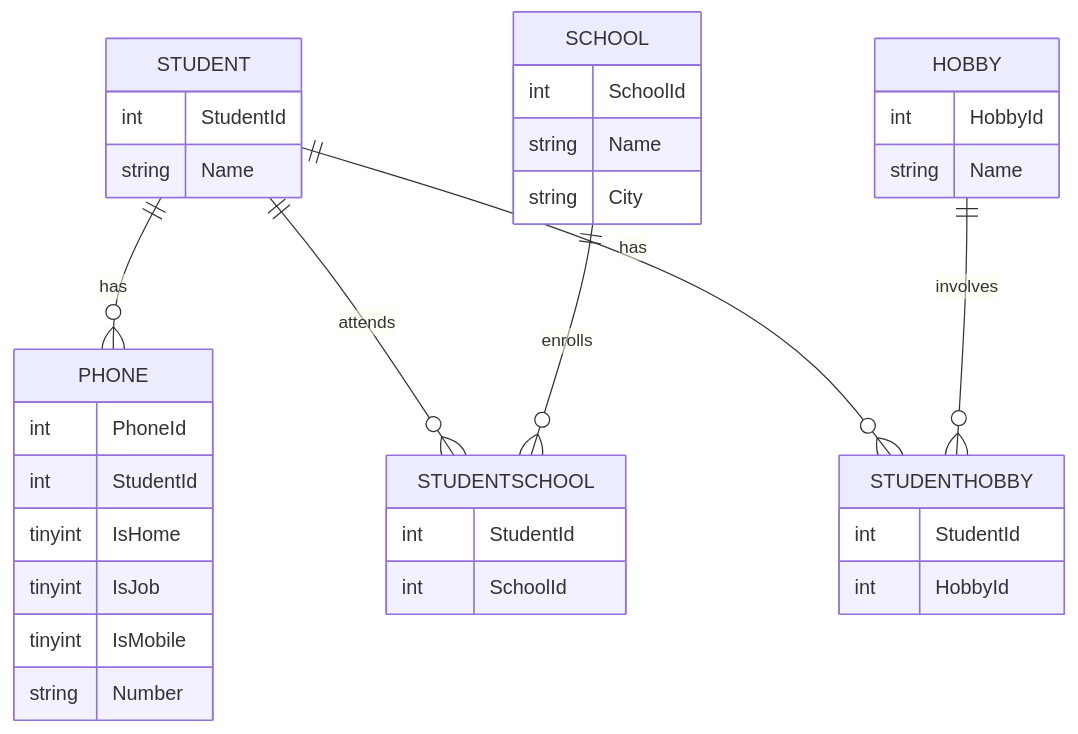
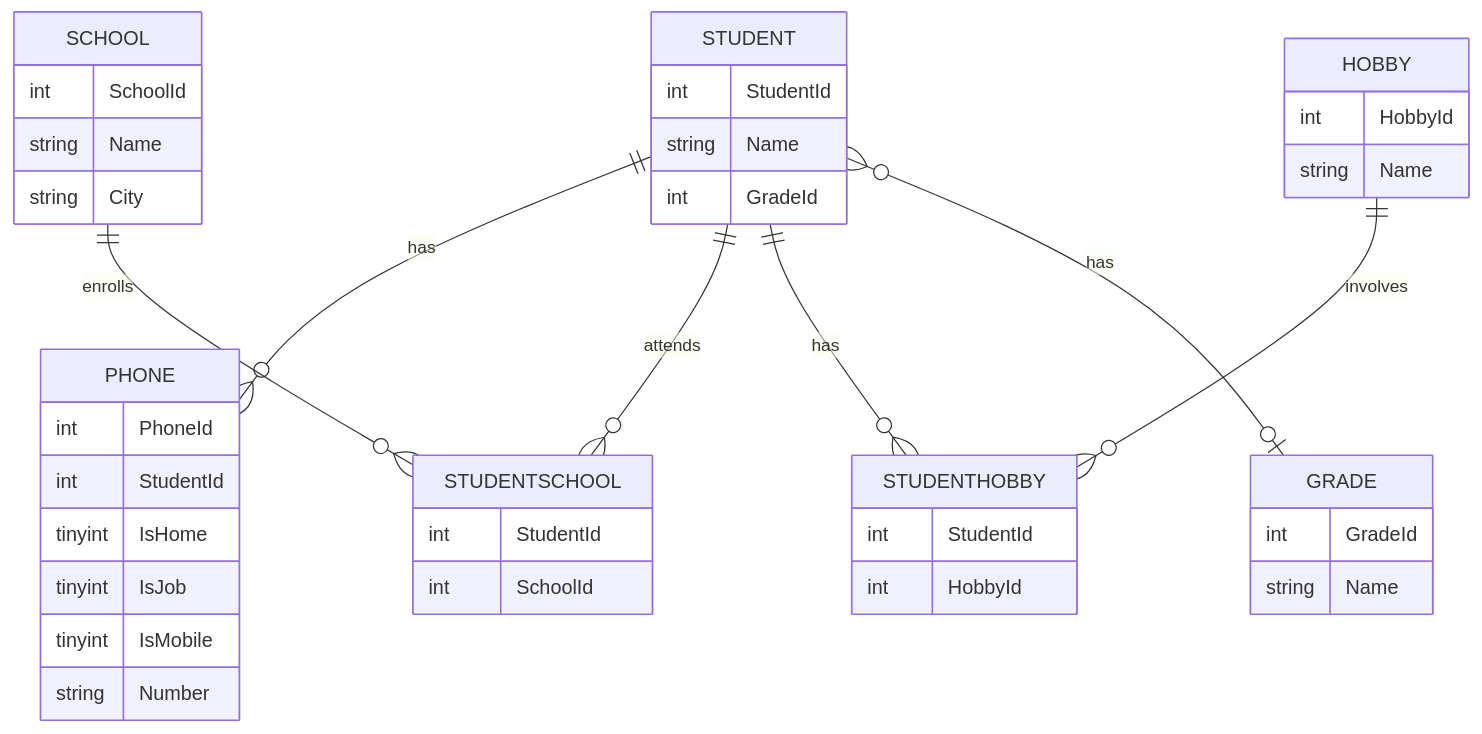
One commit to JoJoRapp/db2022-inl-mningsuppgift changed the diagram in README.md. Above: the diagram before and after it, drawn with Mermaid. The commit also changed 1 other file, not shown here.

Commit message:
Added normalization of grade

````diff
--- a/README.md
+++ b/README.md
@@ -6,37 +6,43 @@
 ```mermaid
 erDiagram
 	STUDENT ||--o{ PHONE : has
 	STUDENT ||--o{ STUDENTSCHOOL : attends
 	STUDENT ||--o{ STUDENTHOBBY : has
+	STUDENT }o--o| GRADE : has
 	SCHOOL ||--o{ STUDENTSCHOOL : enrolls
 	HOBBY ||--o{ STUDENTHOBBY : involves
 	STUDENT {
 		int StudentId
 		string Name
+		int GradeId
 	}
 	SCHOOL {
 		int SchoolId
 		string Name
 		string City
 	}
 	PHONE {
 		int PhoneId
 		int StudentId
 		tinyint IsHome
 		tinyint IsJob
 		tinyint IsMobile
 		string Number
 	}
 	HOBBY {
 		int HobbyId
 		string Name
 	}
+	GRADE {
+		int GradeId
+		string Name
+	}
 	STUDENTSCHOOL {
 		int StudentId
 		int SchoolId
 	}
 	STUDENTHOBBY {
 		int StudentId
 		int HobbyId
 	}
 ```
````
